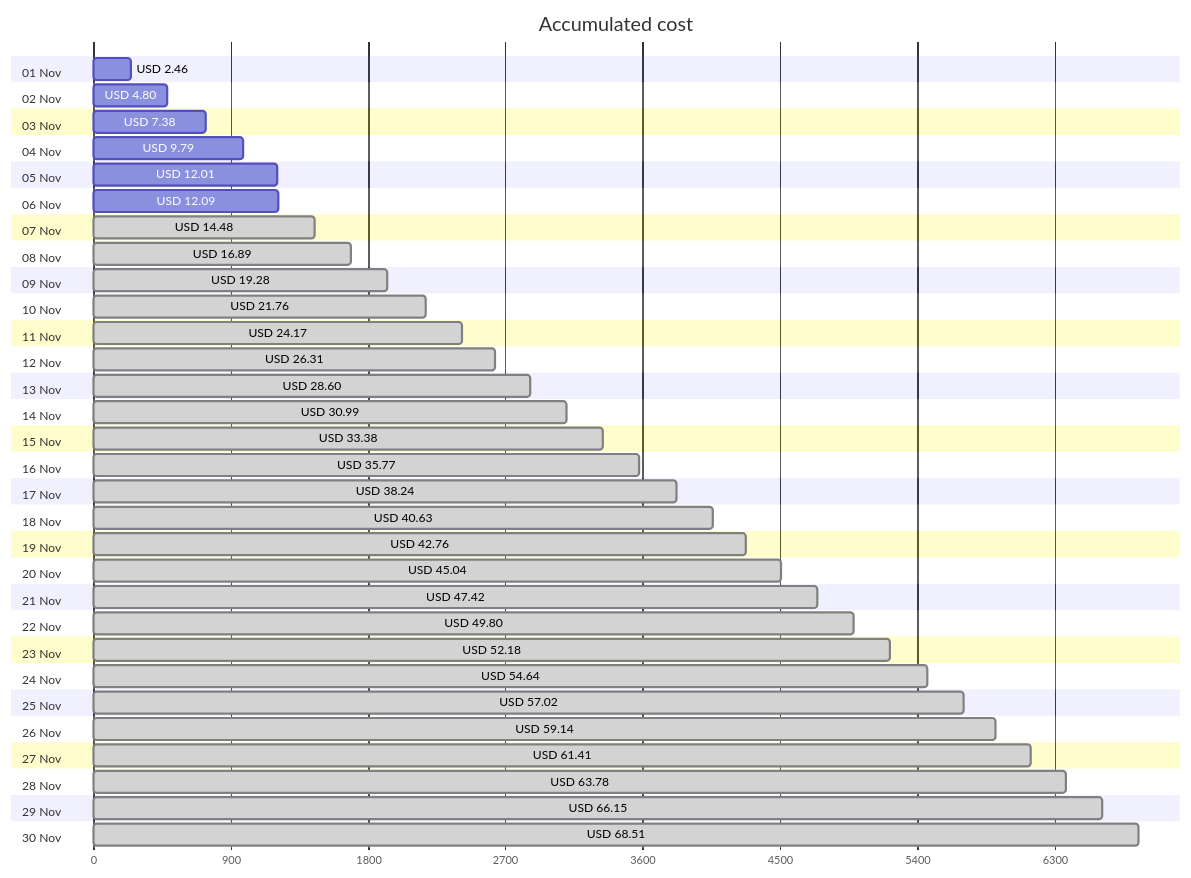
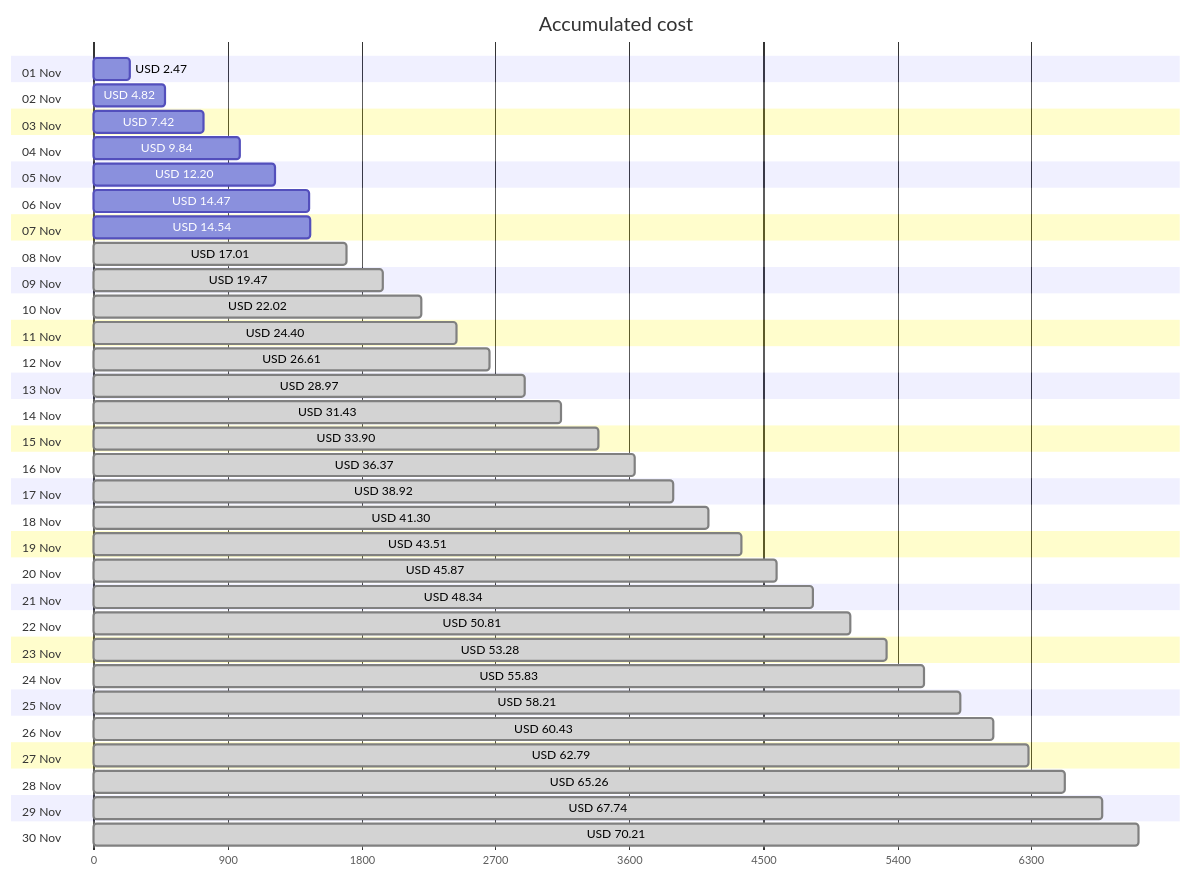
One commit to jpfulton/azure-personal-reports changed the first of 4 diagrams in cost-reports/accumulated-cost.md. Above: the diagram before and after it, drawn with Mermaid. The commit also changed other lines of this file and 4 other files, not shown here.

````diff
--- a/cost-reports/accumulated-cost.md
+++ b/cost-reports/accumulated-cost.md
@@ -20,66 +20,66 @@
 ```mermaid
 gantt
    title Accumulated cost
    dateFormat  X
    axisFormat %s
    section 01 Nov
-   USD 2.46 :0, 246
+   USD 2.47 :0, 247
    section 02 Nov
-   USD 4.80 :0, 480
+   USD 4.82 :0, 482
    section 03 Nov
-   USD 7.38 :0, 738
+   USD 7.42 :0, 742
    section 04 Nov
-   USD 9.79 :0, 979
+   USD 9.84 :0, 984
    section 05 Nov
-   USD 12.01 :0, 1201
+   USD 12.20 :0, 1220
    section 06 Nov
-   USD 12.09 :0, 1209
+   USD 14.47 :0, 1447
    section 07 Nov
-   USD 14.48 : done, 0, 1448
+   USD 14.54 :0, 1454
    section 08 Nov
-   USD 16.89 : done, 0, 1689
+   USD 17.01 : done, 0, 1701
    section 09 Nov
-   USD 19.28 : done, 0, 1928
+   USD 19.47 : done, 0, 1947
    section 10 Nov
-   USD 21.76 : done, 0, 2176
+   USD 22.02 : done, 0, 2202
    section 11 Nov
-   USD 24.17 : done, 0, 2417
+   USD 24.40 : done, 0, 2440
    section 12 Nov
-   USD 26.31 : done, 0, 2631
+   USD 26.61 : done, 0, 2661
    section 13 Nov
-   USD 28.60 : done, 0, 2860
+   USD 28.97 : done, 0, 2897
    section 14 Nov
-   USD 30.99 : done, 0, 3099
+   USD 31.43 : done, 0, 3143
    section 15 Nov
-   USD 33.38 : done, 0, 3338
+   USD 33.90 : done, 0, 3390
    section 16 Nov
-   USD 35.77 : done, 0, 3577
+   USD 36.37 : done, 0, 3637
    section 17 Nov
-   USD 38.24 : done, 0, 3824
+   USD 38.92 : done, 0, 3892
    section 18 Nov
-   USD 40.63 : done, 0, 4063
+   USD 41.30 : done, 0, 4130
    section 19 Nov
-   USD 42.76 : done, 0, 4276
+   USD 43.51 : done, 0, 4351
    section 20 Nov
-   USD 45.04 : done, 0, 4504
+   USD 45.87 : done, 0, 4587
    section 21 Nov
-   USD 47.42 : done, 0, 4742
+   USD 48.34 : done, 0, 4834
    section 22 Nov
-   USD 49.80 : done, 0, 4980
+   USD 50.81 : done, 0, 5081
    section 23 Nov
-   USD 52.18 : done, 0, 5218
+   USD 53.28 : done, 0, 5328
    section 24 Nov
-   USD 54.64 : done, 0, 5464
+   USD 55.83 : done, 0, 5583
    section 25 Nov
-   USD 57.02 : done, 0, 5702
+   USD 58.21 : done, 0, 5821
    section 26 Nov
-   USD 59.14 : done, 0, 5914
+   USD 60.43 : done, 0, 6043
    section 27 Nov
-   USD 61.41 : done, 0, 6141
+   USD 62.79 : done, 0, 6279
    section 28 Nov
-   USD 63.78 : done, 0, 6378
+   USD 65.26 : done, 0, 6526
    section 29 Nov
-   USD 66.15 : done, 0, 6615
+   USD 67.74 : done, 0, 6774
    section 30 Nov
-   USD 68.51 : done, 0, 6851
+   USD 70.21 : done, 0, 7021
 ```
````
